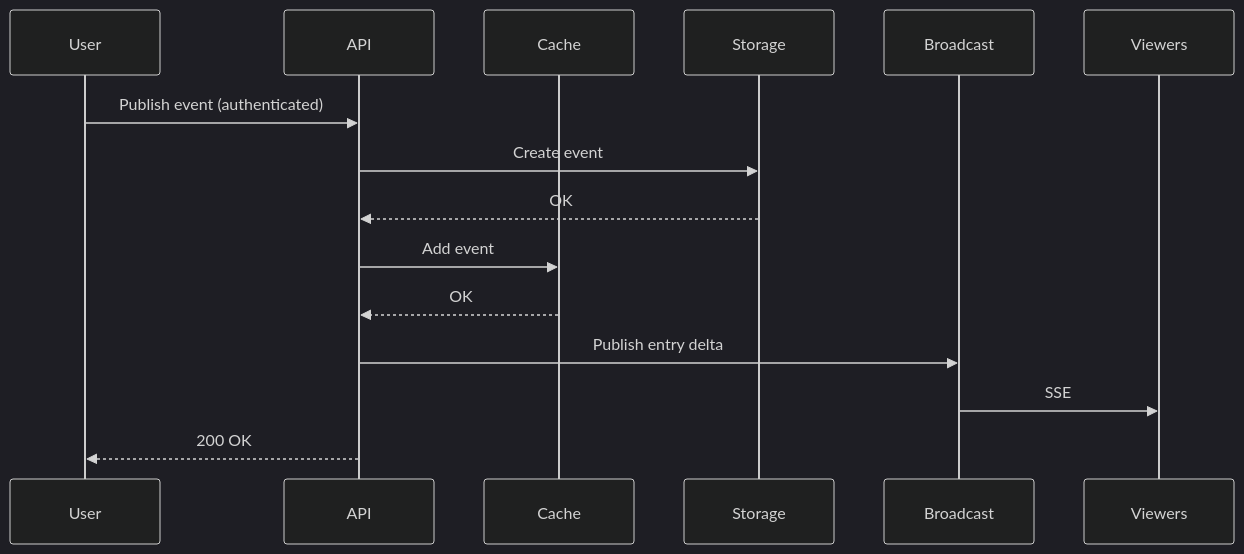
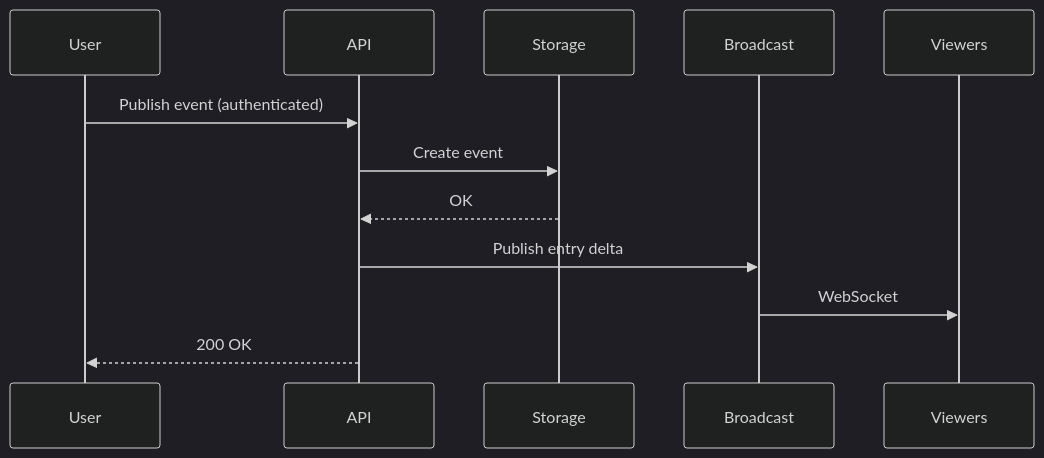
Before and after one commit to Taingovan97/real-time-activity-feed: the third of 4 diagrams in docs/modules.md, drawn with Mermaid (dark theme). The commit also changed other lines of this file and 4 other files, not shown here.

````diff
--- a/docs/modules.md
+++ b/docs/modules.md
@@ -135,18 +134,15 @@
 ```mermaid
 sequenceDiagram
     participant User
     participant API
-    participant Cache
     participant Storage
     participant Broadcast
     participant Viewers
     
     User->>API: Publish event (authenticated)
     API->>Storage: Create event
     Storage-->>API: OK
-    API->>Cache: Add event
-    Cache-->>API: OK
     API->>Broadcast: Publish entry delta
-    Broadcast->>Viewers: SSE
+    Broadcast->>Viewers: WebSocket
     API-->>User: 200 OK
 ```
````
